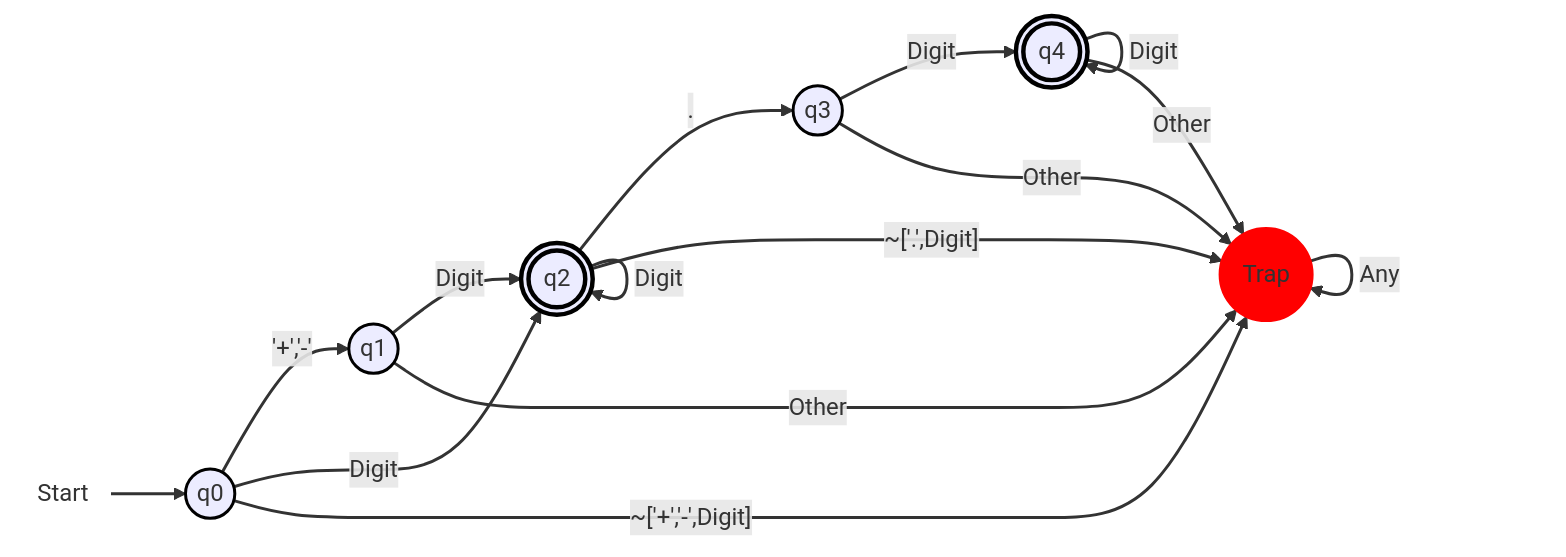
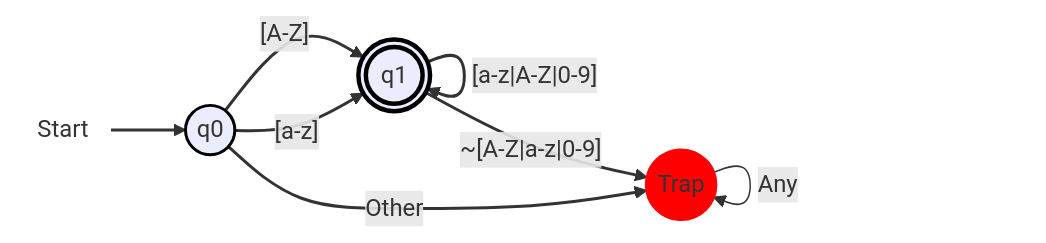
One commit to CS-Tiny-Compiler/a-tiny-compiler changed the second of 9 diagrams in docs/DFA.md. Above: the diagram before and after it, drawn with Mermaid. The commit also changed other lines of this file and 1 other file, not shown here.

````diff
--- a/docs/DFA.md
+++ b/docs/DFA.md
@@ -28,36 +45,19 @@
 ```mermaid
 flowchart LR
-  start(((Start))):::startNode --> q0(("q0")):::normal
+    start(((Start))):::startNode --> q0(("q0")):::normal
+    q0 --> |"[a-z]"| q1(("q1")):::normal
+    q0 --> |"[A-Z]"| q1(("q1")):::normal
+    q0 --> |Other| Trap(("Trap")):::normal
+    q1 --> |"[a-z|A-Z|0-9]"| q1((("q1"))):::finalState
+    q1 --> |"~[A-Z|a-z|0-9]"| Trap((("Trap"))):::trap
 
-  q0 --> |"'+','-'"| q1(("q1")):::normal
-  q0 --> |Digit| q2((("q2"))):::finalState
-  q0 --> |"~['+','-',Digit]"| trap((("Trap"))):::trap
+    Trap --> |Any| Trap(("Trap")):::trap
 
-  q1 --> |Digit| q2
+    classDef startNode fill:none,stroke:none;
+    classDef normal stroke:#000,stroke-width:2px;
+    classDef finalState stroke:#000,stroke-width:3px;
+    classDef trap fill:#f00,stroke:#f00,stroke-width:2px;
 
-  q1 --> |Other| trap
-
-  q2 --> |"."| q3(("q3")):::normal
-  q2 --> |"~['.',Digit]"| trap
-  q2 --> |Digit| q2
-
-  q3 --> |Digit| q4((("q4"))):::finalState
-  q3 --> |Other| trap
-
-  q4 --> |Digit| q4
-  q4 --> |Other| trap
-
-  trap --> |Any| trap
-
-
-
-
-  classDef startNode fill:none,stroke:none;
-  classDef normal stroke:#000,stroke-width:2px;
-  classDef finalState stroke:#000,stroke-width:3px;
-  classDef trap fill:#f00,stroke:#f00,stroke-width:2px;
-
-  linkStyle 0 stroke-width:2px;
-  linkStyle 1,2,3,4,5,6,7,8,9,10,11,12,13 stroke:#333,stroke-width:2px,fill:none;
-
+    linkStyle 0 stroke-width:2px;
+    linkStyle 1,2,3,4,5 stroke:#333,stroke-width:2px,fill:none;
 ```
````
